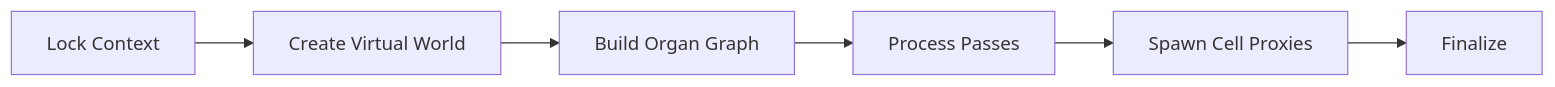
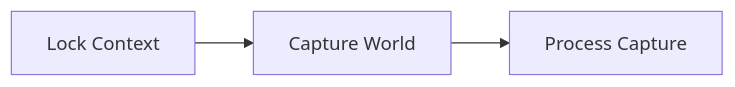
The first of 3 diagrams in versioned_docs/version-0.3.2/plugins/world-assembly/architecture/index.mdx (dotBunny/NEXUS.Docs), drawn with Mermaid before and after one commit. The commit also changed other lines of this file and 11 other files, not shown here.

Commit message:
Better graphs / architecture explanations

````diff
--- a/versioned_docs/version-0.3.2/plugins/world-assembly/architecture/index.mdx
+++ b/versioned_docs/version-0.3.2/plugins/world-assembly/architecture/index.mdx
@@ -16,8 +18,4 @@
 ```mermaid
 flowchart LR
-    A[Lock Context] --> B[Create Virtual World]
-    B --> C[Build Organ Graph]
-    C --> D[Process Passes]
-    D --> E[Spawn Cell Proxies]
-    E --> F[Finalize]
+    A[Lock Context] --> B[Capture World] --> C[Process Capture]
 ```
````
